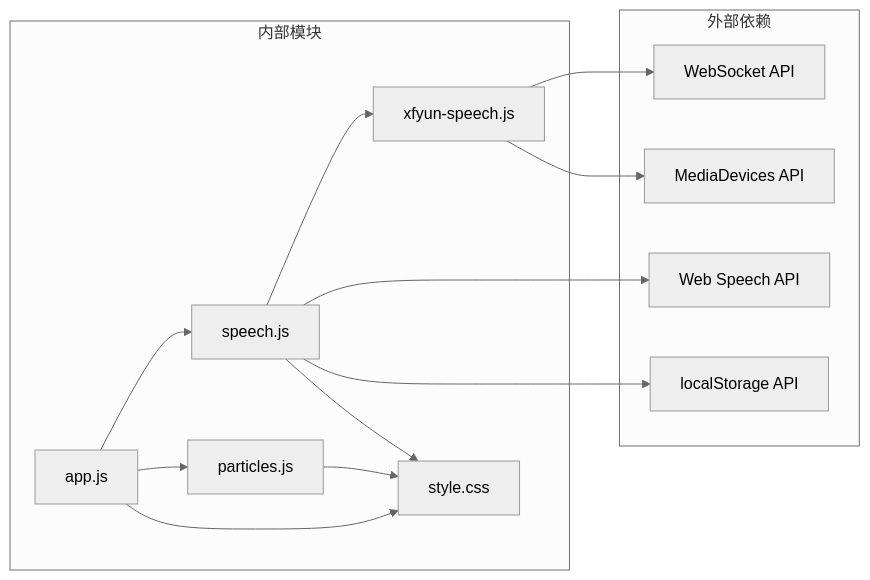
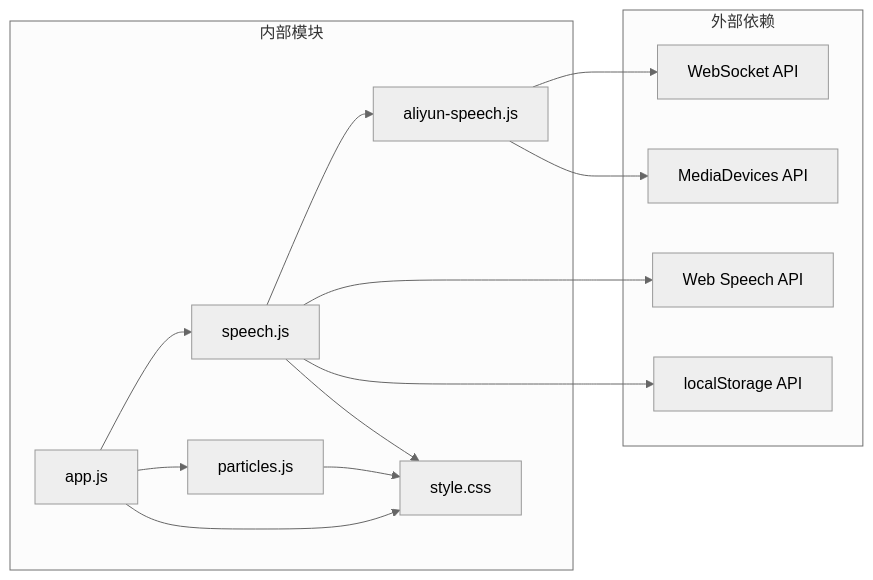
One commit to db300/MySpeechRecognition changed the seventh of 8 diagrams in .qoder/repowiki/zh/content/故障排除指南/界面交互问题.md. Above: the diagram before and after it, drawn with Mermaid (neutral theme). The commit also changed other lines of this file and 15 other files, not shown here.

````diff
--- a/.qoder/repowiki/zh/content/故障排除指南/界面交互问题.md
+++ b/.qoder/repowiki/zh/content/故障排除指南/界面交互问题.md
@@ -286,26 +299,26 @@
 ```mermaid
 graph LR
 subgraph "外部依赖"
 WebSpeech[Web Speech API]
 WebSocket[WebSocket API]
 MediaDevices[MediaDevices API]
 LocalStorage[localStorage API]
 end
 subgraph "内部模块"
 App[app.js]
 Speech[speech.js]
 Particles[particles.js]
-Xfyun[xfyun-speech.js]
+Aliyun[aliyun-speech.js]
 Styles[style.css]
 end
 App --> Speech
 App --> Particles
-Speech --> Xfyun
+Speech --> Aliyun
 Speech --> WebSpeech
-Xfyun --> WebSocket
-Xfyun --> MediaDevices
+Aliyun --> WebSocket
+Aliyun --> MediaDevices
 Speech --> LocalStorage
 Particles --> Styles
 App --> Styles
 Speech --> Styles
 ```
````
